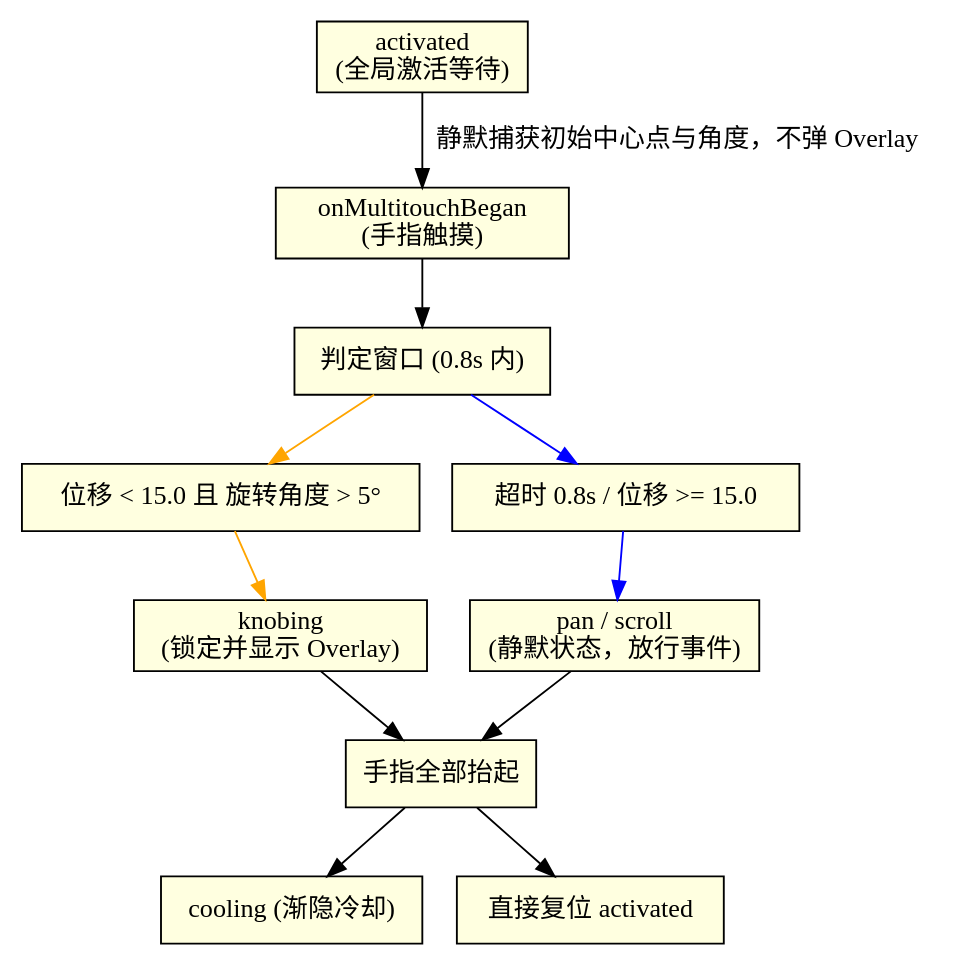
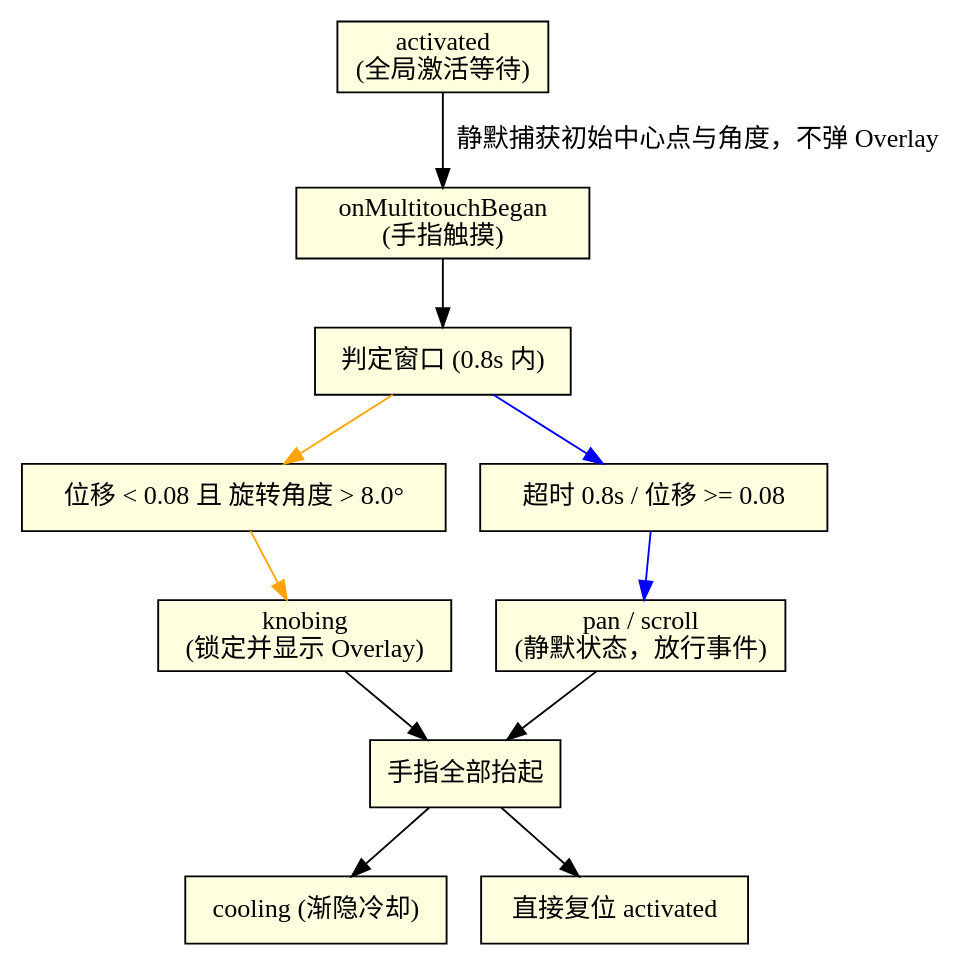
The diagram in docs/superpowers/specs/2026-06-02-deferred-knob-gesture-activation-design.md (benwu232/PhantomKnob), drawn with Graphviz before and after one commit. The commit also changed other lines of this file, not shown here.

````diff
--- a/docs/superpowers/specs/2026-06-02-deferred-knob-gesture-activation-design.md
+++ b/docs/superpowers/specs/2026-06-02-deferred-knob-gesture-activation-design.md
@@ -26,16 +29,16 @@
 ```dot
 digraph gesture_state {
     node [shape=box, style=filled, fillcolor=lightyellow];
     "activated\n(全局激活等待)" -> "onMultitouchBegan\n(手指触摸)" [label="静默捕获初始中心点与角度，不弹 Overlay"];
     "onMultitouchBegan\n(手指触摸)" -> "判定窗口 (0.8s 内)";
     
-    "判定窗口 (0.8s 内)" -> "位移 < 15.0 且 旋转角度 > 5°" [color=orange];
-    "位移 < 15.0 且 旋转角度 > 5°" -> "knobing\n(锁定并显示 Overlay)" [color=orange];
+    "判定窗口 (0.8s 内)" -> "位移 < 0.08 且 旋转角度 > 8.0°" [color=orange];
+    "位移 < 0.08 且 旋转角度 > 8.0°" -> "knobing\n(锁定并显示 Overlay)" [color=orange];
     
-    "判定窗口 (0.8s 内)" -> "超时 0.8s / 位移 >= 15.0" [color=blue];
-    "超时 0.8s / 位移 >= 15.0" -> "pan / scroll\n(静默状态，放行事件)" [color=blue];
+    "判定窗口 (0.8s 内)" -> "超时 0.8s / 位移 >= 0.08" [color=blue];
+    "超时 0.8s / 位移 >= 0.08" -> "pan / scroll\n(静默状态，放行事件)" [color=blue];
     
     "knobing\n(锁定并显示 Overlay)" -> "手指全部抬起" -> "cooling (渐隐冷却)";
     "pan / scroll\n(静默状态，放行事件)" -> "手指全部抬起" -> "直接复位 activated";
 }
 ```
````
